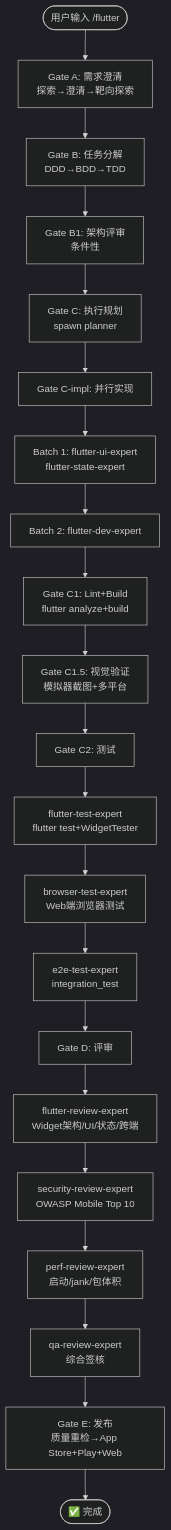
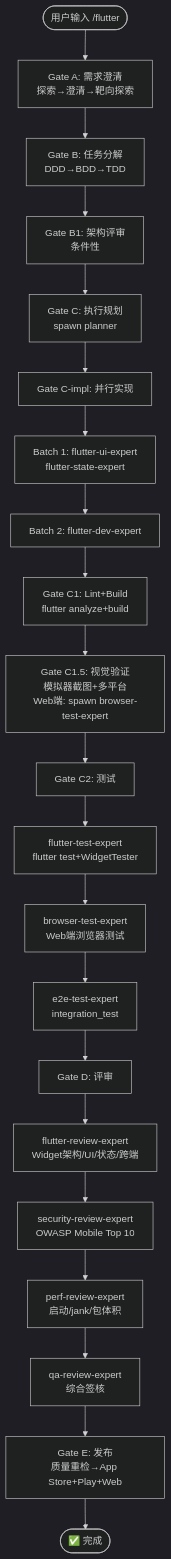
Before and after one commit to Wjl1224734792/Jarvis-Agent-Factory: the diagram in docs/flows/flutter.md, drawn with Mermaid (dark theme). The commit also changed 23 other files, not shown here.

First line of the commit message:
fix: v4.7.85 — Gate C1.5 browser-test-expert集成 + 全量文档同步

````diff
--- a/docs/flows/flutter.md
+++ b/docs/flows/flutter.md
@@ -32,23 +32,23 @@
 ```mermaid
 flowchart TD
     START([用户输入 /flutter]) --> A[Gate A: 需求澄清<br/>探索→澄清→靶向探索]
     A --> B[Gate B: 任务分解<br/>DDD→BDD→TDD]
     B --> B1[Gate B1: 架构评审<br/>条件性]
     B1 --> C[Gate C: 执行规划<br/>spawn planner]
     C --> CI[Gate C-impl: 并行实现]
     CI --> CI1[Batch 1: flutter-ui-expert<br/>flutter-state-expert]
     CI1 --> CI2[Batch 2: flutter-dev-expert]
     CI2 --> C1[Gate C1: Lint+Build<br/>flutter analyze+build]
-    C1 --> C15[Gate C1.5: 视觉验证<br/>模拟器截图+多平台]
+    C1 --> C15[Gate C1.5: 视觉验证<br/>模拟器截图+多平台<br/>Web端: spawn browser-test-expert]
     C15 --> C2[Gate C2: 测试]
     C2 --> C2A[flutter-test-expert<br/>flutter test+WidgetTester]
     C2A --> C2B[browser-test-expert<br/>Web端浏览器测试]
     C2B --> C2C[e2e-test-expert<br/>integration_test]
     C2C --> D[Gate D: 评审]
     D --> D1[flutter-review-expert<br/>Widget架构/UI/状态/跨端]
     D1 --> D2[security-review-expert<br/>OWASP Mobile Top 10]
     D2 --> D3[perf-review-expert<br/>启动/jank/包体积]
     D3 --> D4[qa-review-expert<br/>综合签核]
     D4 --> E[Gate E: 发布<br/>质量重检→App Store+Play+Web]
     E --> DONE([✅ 完成])
 ```
````
